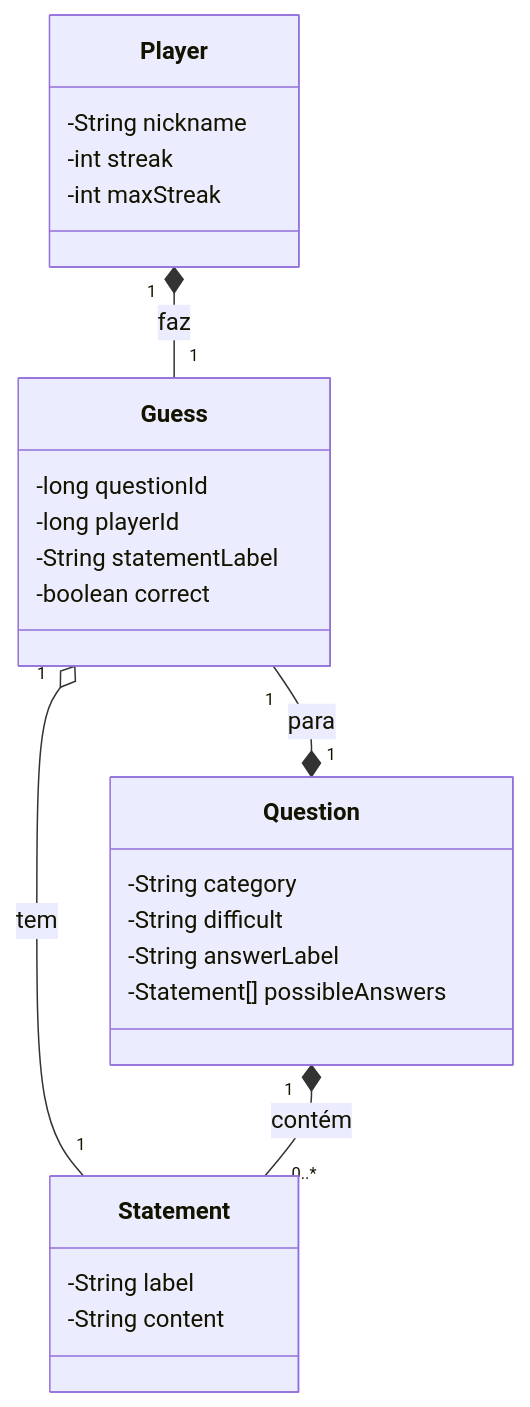
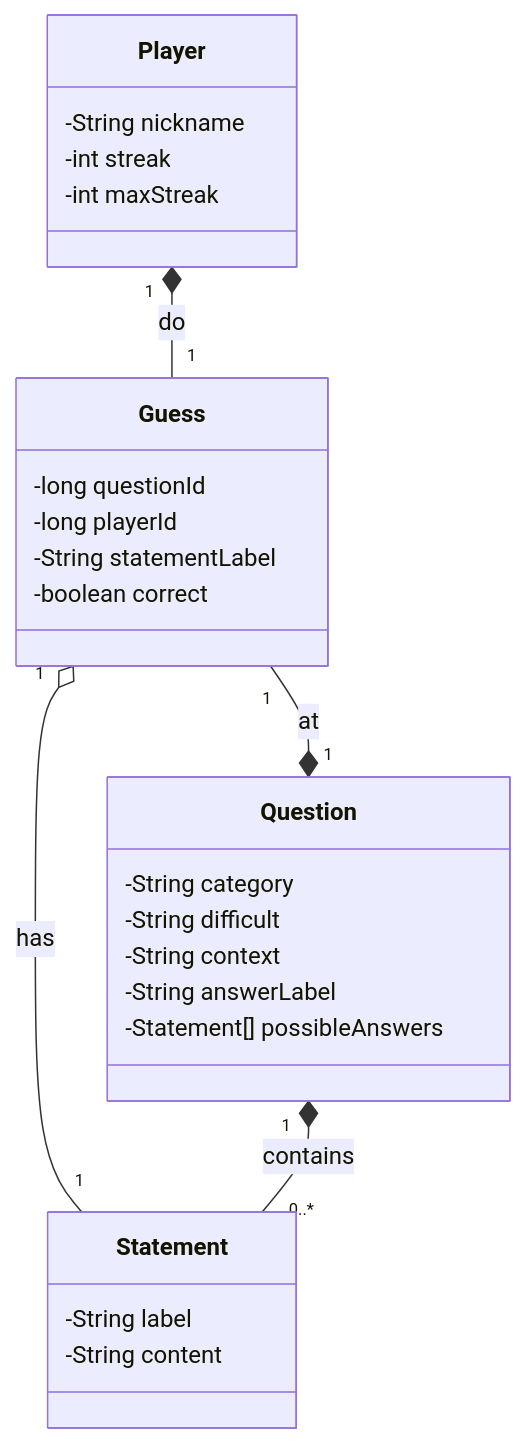
The diagram in README.md (srSenhor/trilha-java-trivia-api), drawn with Mermaid before and after one commit.

Commit message:
docs: fixed class diagram on README.md

````diff
--- a/README.md
+++ b/README.md
@@ -12,32 +12,33 @@
 ```mermaid
 classDiagram
     class Player {
         -String nickname
         -int streak
         -int maxStreak
     }
 
     class Guess {
         -long questionId
         -long playerId
         -String statementLabel
         -boolean correct
     }
 
     class Question {
         -String category
         -String difficult
+        -String context
         -String answerLabel
         -Statement[] possibleAnswers
     }
 
     class Statement {
         -String label
         -String content
     }
 
-    Player "1" *-- "1" Guess : faz
-    Guess "1" --* "1" Question : para
-    Guess "1" o-- "1" Statement : tem
-    Question "1" *-- "0..*" Statement : contém
+    Player "1" *-- "1" Guess : do
+    Guess "1" --* "1" Question : at
+    Guess "1" o-- "1" Statement : has
+    Question "1" *-- "0..*" Statement : contains
 ```
````
